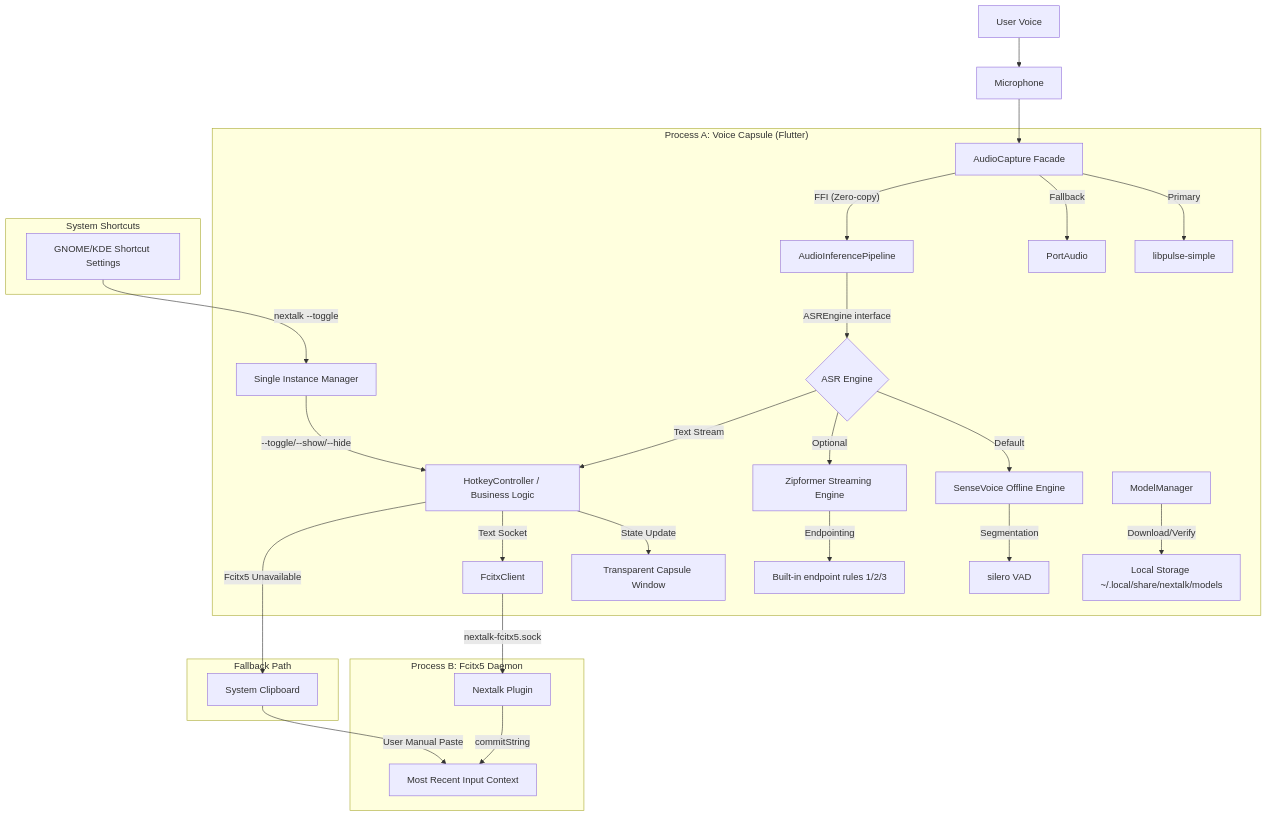
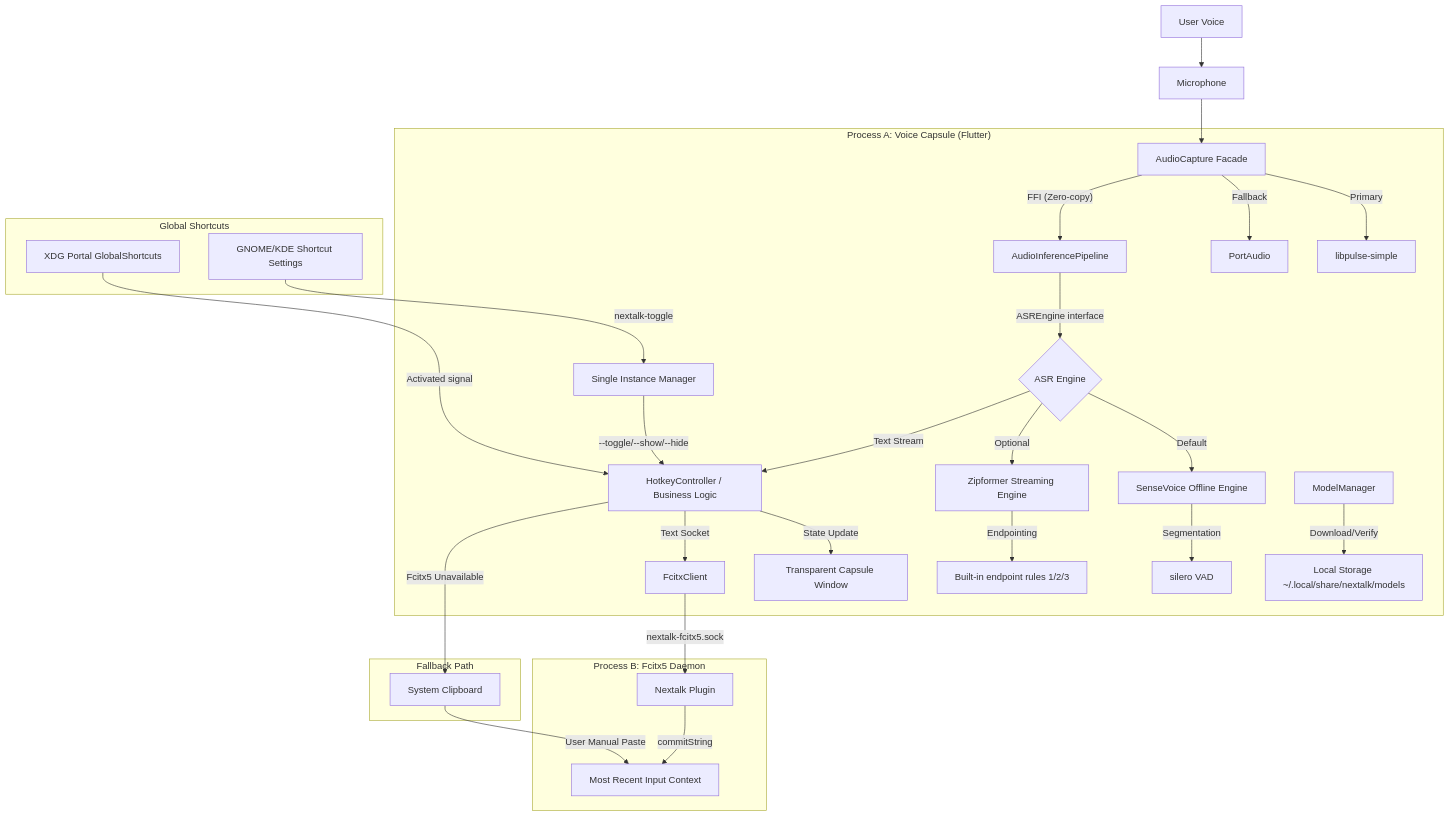
The diagram in docs/architecture.md (gonewx/nextalk), drawn with Mermaid before and after one commit. The commit also changed other lines of this file and 5 other files, not shown here.

````diff
--- a/docs/architecture.md
+++ b/docs/architecture.md
@@ -23,35 +24,36 @@
 ```mermaid
 graph TD
     User[User Voice] --> Mic[Microphone]
     Mic --> Capture[AudioCapture Facade]
 
     subgraph "Process A: Voice Capsule (Flutter)"
         Capture -- "Primary" --> Pulse[libpulse-simple]
         Capture -- "Fallback" --> PA[PortAudio]
         Capture -- "FFI (Zero-copy)" --> Pipeline[AudioInferencePipeline]
         Pipeline -- "ASREngine interface" --> Engine{ASR Engine}
         Engine -- "Default" --> SV[SenseVoice Offline Engine]
         Engine -- "Optional" --> ZF[Zipformer Streaming Engine]
         SV -- "Segmentation" --> VAD[silero VAD]
         ZF -- "Endpointing" --> EP[Built-in endpoint rules 1/2/3]
         Engine -- "Text Stream" --> Logic[HotkeyController / Business Logic]
         Logic -- "State Update" --> UI[Transparent Capsule Window]
         Logic -- "Text Socket" --> IPC_Text[FcitxClient]
         SingleInstance[Single Instance Manager] -- "--toggle/--show/--hide" --> Logic
         ModelMgr[ModelManager] -- "Download/Verify" --> Storage[Local Storage ~/.local/share/nextalk/models]
     end
 
     subgraph "Process B: Fcitx5 Daemon"
         IPC_Text -- "nextalk-fcitx5.sock" --> IPC_Server[Nextalk Plugin]
         IPC_Server -- "commitString" --> TargetApp[Most Recent Input Context]
     end
 
-    subgraph "System Shortcuts"
-        SystemShortcut[GNOME/KDE Shortcut Settings] -- "nextalk --toggle" --> SingleInstance
+    subgraph "Global Shortcuts"
+        Portal[XDG Portal GlobalShortcuts] -- "Activated signal" --> Logic
+        SystemShortcut[GNOME/KDE Shortcut Settings] -- "nextalk-toggle" --> SingleInstance
     end
 
     subgraph "Fallback Path"
         Logic -- "Fcitx5 Unavailable" --> Clipboard[System Clipboard]
         Clipboard -- "User Manual Paste" --> TargetApp
     end
 ```
````
